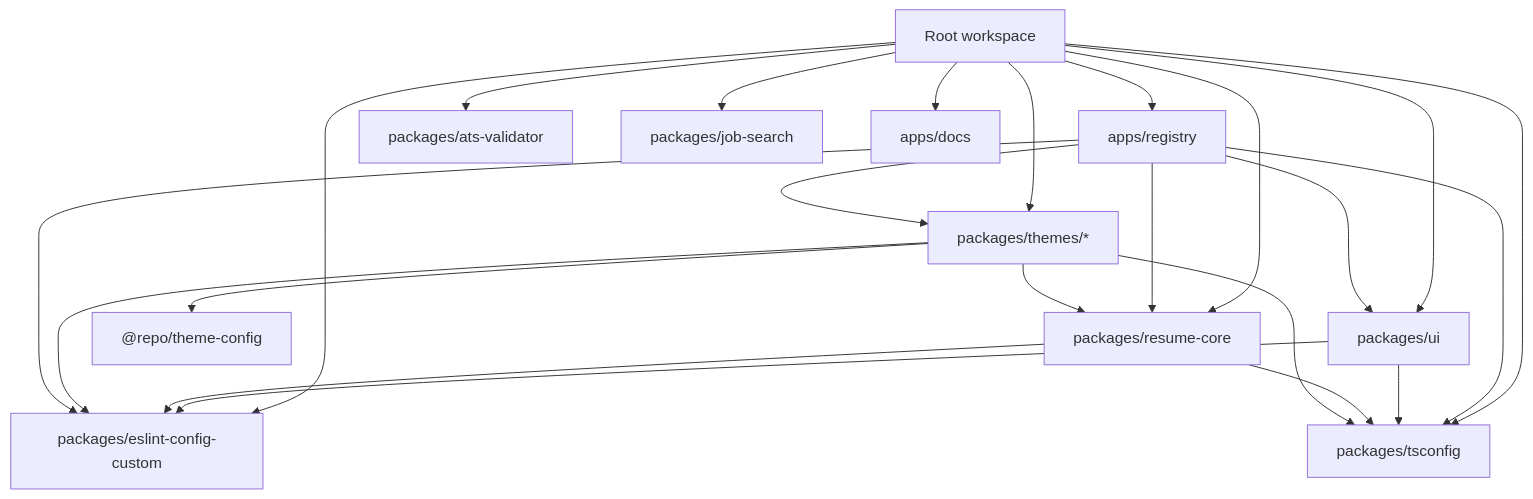
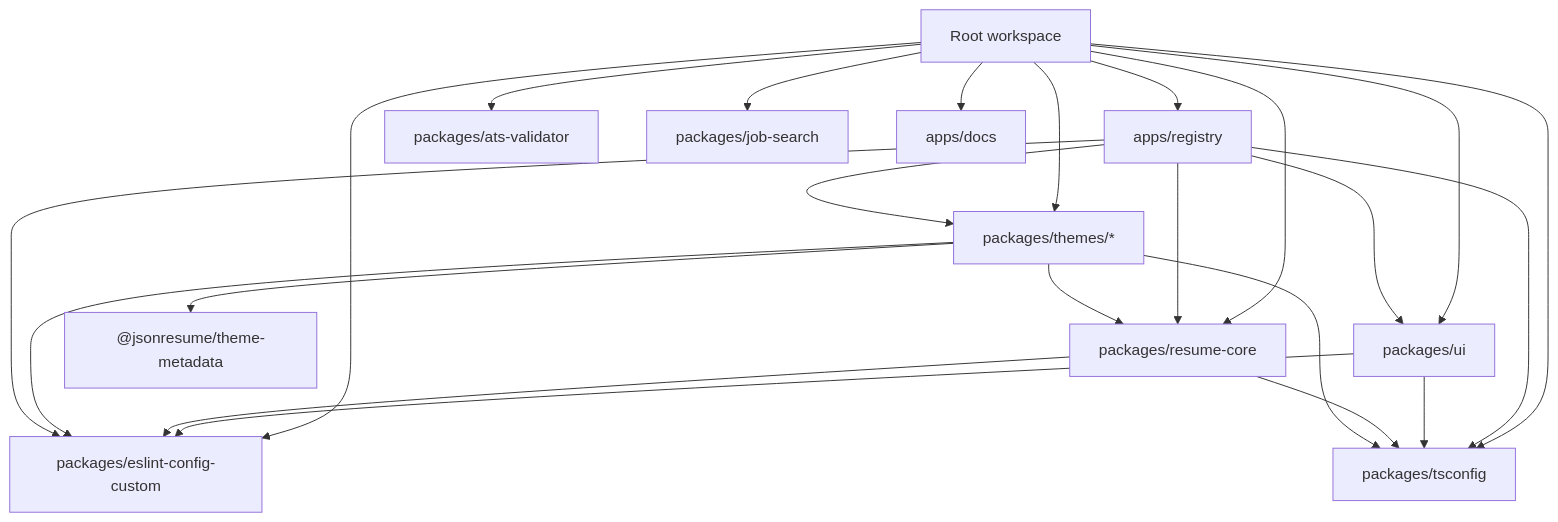
The second of 2 diagrams in apps/docs/content/docs/002-repository-structure.md (jsonresume/jsonresume.org), drawn with Mermaid before and after one commit. The commit also changed other lines of this file and 1 other file, not shown here.

Commit message:
docs: fix package names in CONTRIBUTING and repo-structure docs (#505)
@resume/core -> @jsonresume/core (the real published name; the old import
in the theme quick-start guide simply doesn't resolve), unpkg pin bumped
to the current 0.3.1, and @repo/theme-config -> @jsonresume/theme-metadata.

````diff
--- a/apps/docs/content/docs/002-repository-structure.md
+++ b/apps/docs/content/docs/002-repository-structure.md
@@ -388,27 +388,27 @@
 ```mermaid
 flowchart TD
     Root["Root workspace"]
     Root --> RegistryApp["apps/registry"]
     Root --> UI["packages/ui"]
     Root --> Core["packages/resume-core"]
     Root --> Themes["packages/themes/*"]
     Root --> ESLintConfig["packages/eslint-config-custom"]
     Root --> TSConfig["packages/tsconfig"]
     Root --> ATSValidator["packages/ats-validator"]
     Root --> JobSearch["packages/job-search"]
     Root --> DocsApp["apps/docs"]
 
     RegistryApp --> UI
     RegistryApp --> Core
     RegistryApp --> Themes
     Themes --> Core
-    Themes --> ThemeConfig["@repo/theme-config"]
+    Themes --> ThemeConfig["@jsonresume/theme-metadata"]
     UI --> ESLintConfig
     Core --> ESLintConfig
     Themes --> ESLintConfig
     RegistryApp --> ESLintConfig
     RegistryApp --> TSConfig
     UI --> TSConfig
     Core --> TSConfig
     Themes --> TSConfig
 ```
````
